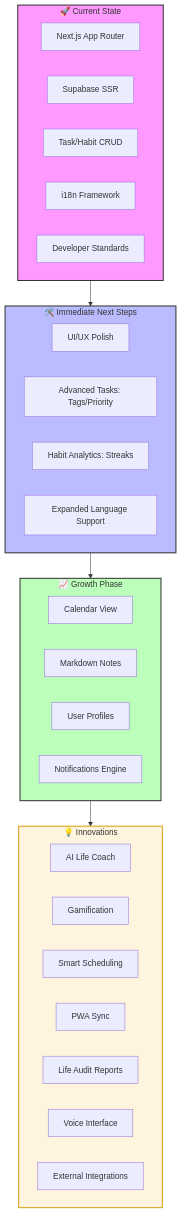
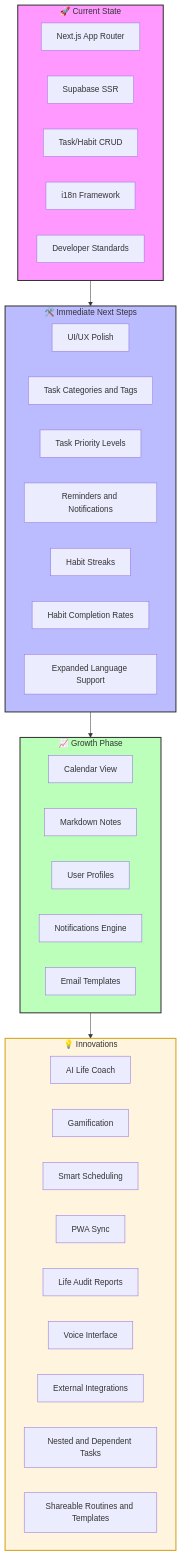
The diagram in ROADMAP_DIAGRAM.mmd (AbelClapton/life-improve), drawn with Mermaid before and after one commit. The commit also changed 2 other files, not shown here.

Commit message:
docs: sync roadmap diagram

```diff
--- a/ROADMAP_DIAGRAM.mmd
+++ b/ROADMAP_DIAGRAM.mmd
@@ -1,46 +1,52 @@
 graph TD
     %% Current State
     subgraph Current ["🚀 Current State"]
         CS1[Next.js App Router]
         CS2[Supabase SSR]
         CS3[Task/Habit CRUD]
         CS4[i18n Framework]
         CS5[Developer Standards]
     end
 
     %% Short Term
     subgraph ShortTerm ["🛠️ Immediate Next Steps"]
         ST1[UI/UX Polish]
-        ST2[Advanced Tasks: Tags/Priority]
-        ST3[Habit Analytics: Streaks]
-        ST4[Expanded Language Support]
+        ST2[Task Categories and Tags]
+        ST3[Task Priority Levels]
+        ST4[Reminders and Notifications]
+        ST5[Habit Streaks]
+        ST6[Habit Completion Rates]
+        ST7[Expanded Language Support]
     end
 
     %% Mid Term
     subgraph MidTerm ["📈 Growth Phase"]
         MT1[Calendar View]
         MT2[Markdown Notes]
         MT3[User Profiles]
         MT4[Notifications Engine]
+        MT5[Email Templates]
     end
 
     %% Ideas
     subgraph Ideas ["💡 Innovations"]
         I1[AI Life Coach]
         I2[Gamification]
         I3[Smart Scheduling]
         I4[PWA Sync]
         I5[Life Audit Reports]
         I6[Voice Interface]
         I7[External Integrations]
+        I8[Nested and Dependent Tasks]
+        I9[Shareable Routines and Templates]
     end
 
     %% Flow
     Current --> ShortTerm
     ShortTerm --> MidTerm
     MidTerm --> Ideas
 
     style Current fill:#f9f,stroke:#333,stroke-width:2px
     style ShortTerm fill:#bbf,stroke:#333,stroke-width:2px
     style MidTerm fill:#bfb,stroke:#333,stroke-width:2px
     style Ideas fill:#fff4dd,stroke:#d4a017,stroke-width:2px
```
